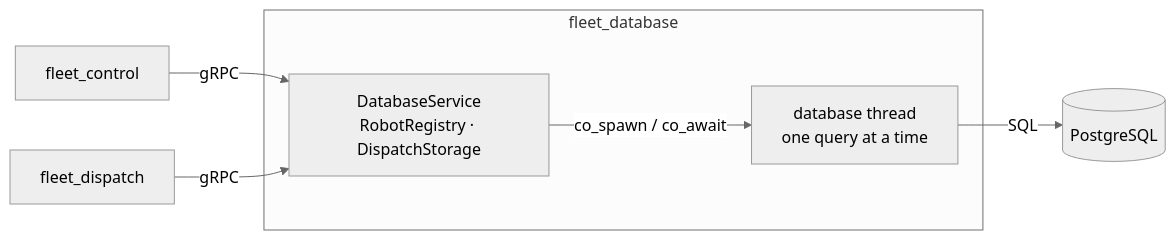
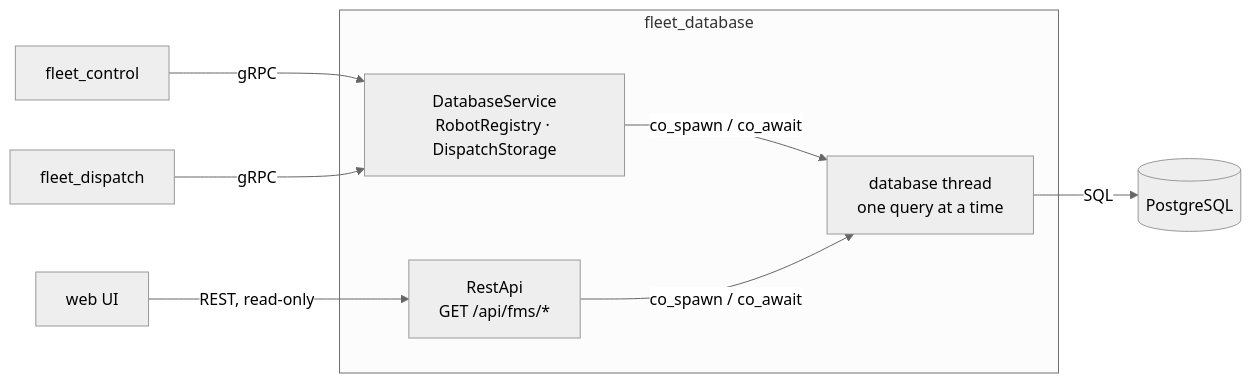
The diagram in fleet_database/README.md (semyon23/fleet-manager), drawn with Mermaid (neutral theme) before and after one commit. The commit also changed other lines of this file and 9 other files, not shown here.

Commit message:
fleet_database: read-only REST for the UI (robots, status, factsheet)

````diff
--- a/fleet_database/README.md
+++ b/fleet_database/README.md
@@ -26,13 +26,16 @@
 ```mermaid
 flowchart LR
     control[fleet_control] -- gRPC --> service
     dispatch[fleet_dispatch] -- gRPC --> service
+    ui[web UI] -- "REST, read-only" --> rest
 
     subgraph fdb [fleet_database]
         service[DatabaseService<br/>RobotRegistry · DispatchStorage]
+        rest[RestApi<br/>GET /api/fms/*]
         thread[database thread<br/>one query at a time]
         service -- co_spawn / co_await --> thread
+        rest -- co_spawn / co_await --> thread
     end
 
     thread -- SQL --> pg[(PostgreSQL)]
 ```
````
